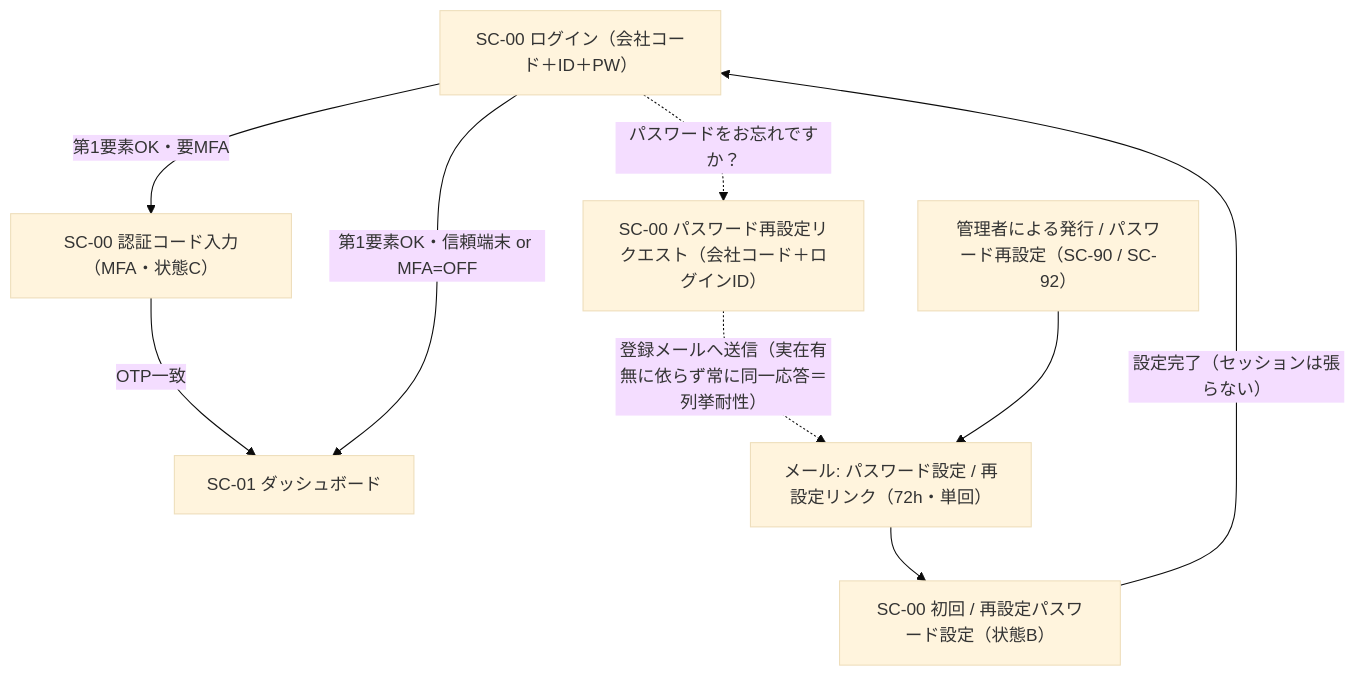
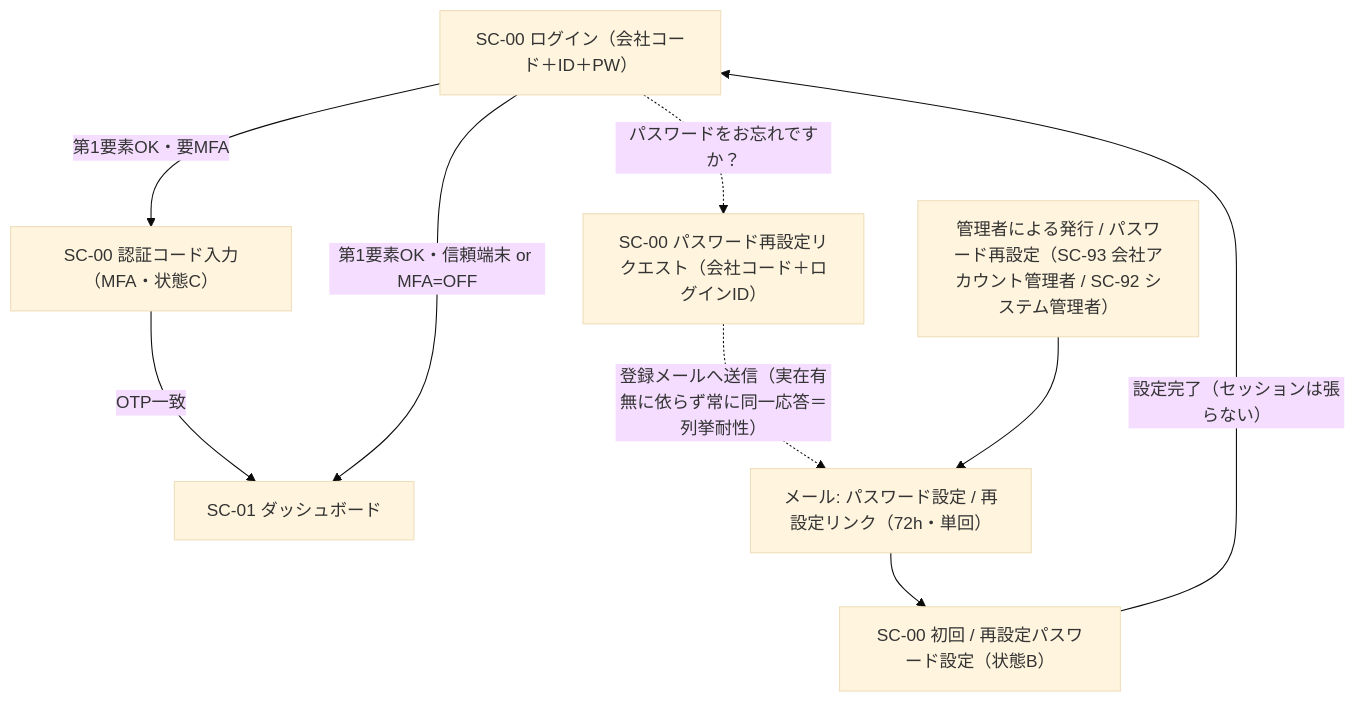
Before and after one commit to t-umekawa-sc/sc-ideaquest-G2: the second of 2 diagrams in doc/画面設計/画面遷移図.md, drawn with Mermaid (base theme). The commit also changed other lines of this file and 14 other files, not shown here.

````diff
--- a/doc/画面設計/画面遷移図.md
+++ b/doc/画面設計/画面遷移図.md
@@ -88,19 +90,19 @@
 ```mermaid
 flowchart TD
     LOGIN["SC-00 ログイン（会社コード＋ID＋PW）"]
     OTP["SC-00 認証コード入力（MFA・状態C）"]
     DASH["SC-01 ダッシュボード"]
     PWREQ["SC-00 パスワード再設定リクエスト（会社コード＋ログインID）"]
-    ADMIN["管理者による発行 / パスワード再設定（SC-90 / SC-92）"]
+    ADMIN["管理者による発行 / パスワード再設定（SC-93 会社アカウント管理者 / SC-92 システム管理者）"]
     MAIL["メール: パスワード設定 / 再設定リンク（72h・単回）"]
     PWSET["SC-00 初回 / 再設定パスワード設定（状態B）"]
 
     LOGIN -->|"第1要素OK・要MFA"| OTP
     OTP -->|"OTP一致"| DASH
     LOGIN -->|"第1要素OK・信頼端末 or MFA=OFF"| DASH
     LOGIN -. "パスワードをお忘れですか？" .-> PWREQ
     PWREQ -. "登録メールへ送信（実在有無に依らず常に同一応答＝列挙耐性）" .-> MAIL
     ADMIN --> MAIL
     MAIL --> PWSET
     PWSET -->|"設定完了（セッションは張らない）"| LOGIN
 ```
````
